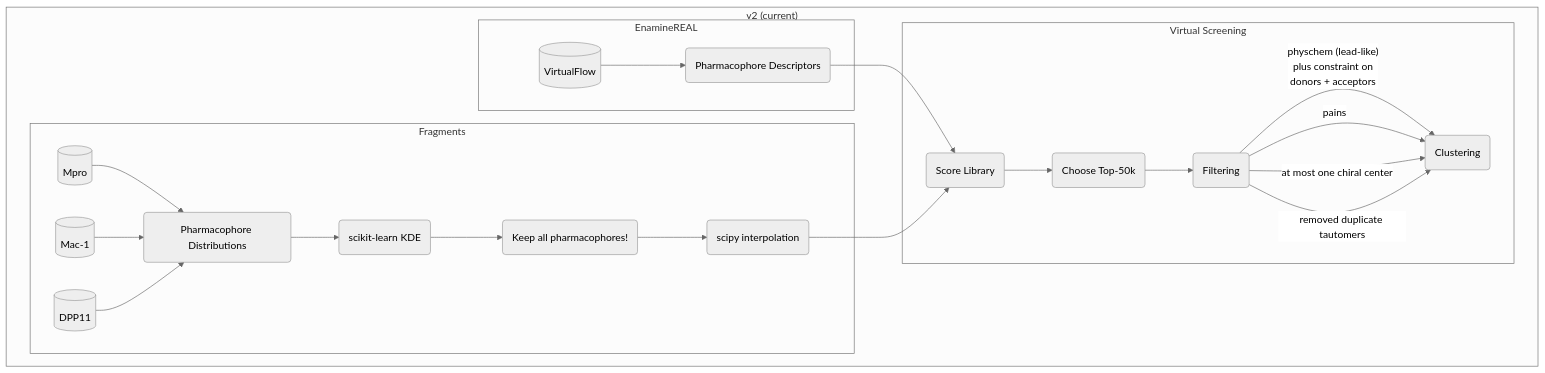
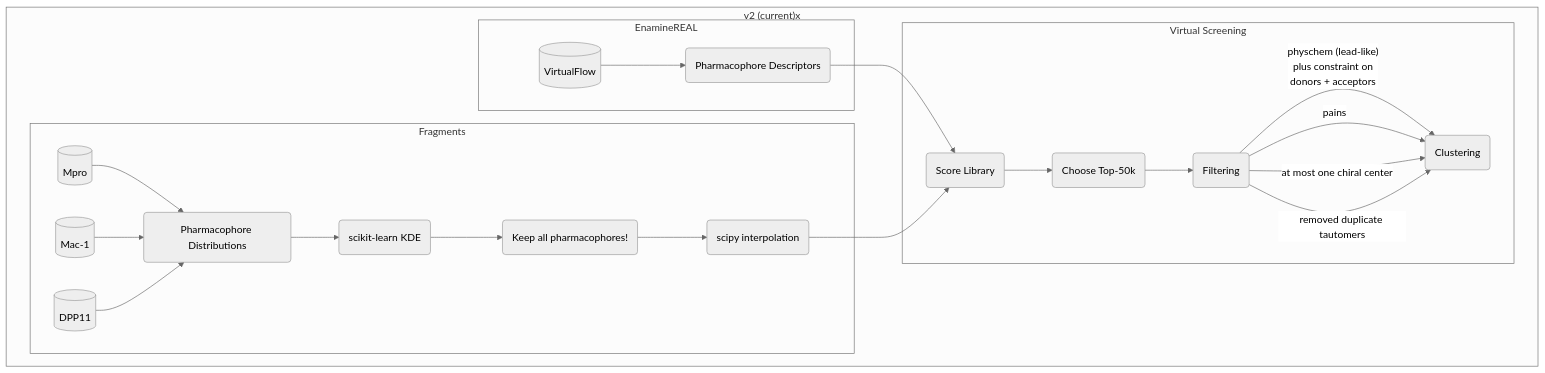
The first of 2 diagrams in README.md (wjm41/fresco), drawn with Mermaid (neutral theme) before and after one commit. The commit also changed other lines of this file, not shown here.

````diff
--- a/README.md
+++ b/README.md
@@ -7,30 +13,29 @@
 ```mermaid
-flowchart LR
-subgraph "v2 (current)"
-direction LR
+flowchart TD
+subgraph "v2 (current)"x
 subgraph EnamineREAL
 A[(VirtualFlow)] --> B(Pharmacophore Descriptors)
 end
 
 subgraph Fragments
 Mpro[(Mpro)] --> PharmD(Pharmacophore Distributions)
 Mac-1[(Mac-1)] --> PharmD
 DPP11[(DPP11)] --> PharmD
 PharmD --> KDExact(scikit-learn KDE)
 KDExact --> Keep(Keep all pharmacophores!)
 Keep --> KDE(scipy interpolation)
 end
 
 subgraph Virtual Screening
 B --> E(Score Library)
 KDE --> E
 E --> F(Choose Top-50k)
 F --> G(Filtering)
 G -- "physchem (lead-like)\n plus constraint on \n donors + acceptors"--> H(Clustering)
 G -- pains --> H
 G -- "at most one chiral center" --> H
 G -- removed duplicate tautomers --> H
 
 end
 end
 ```
````
